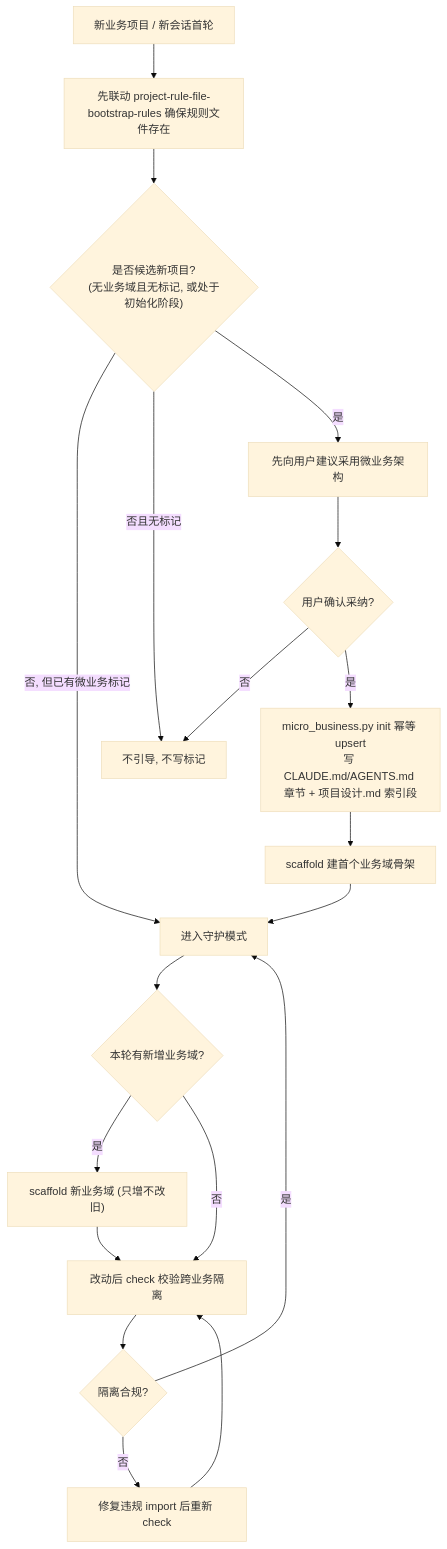
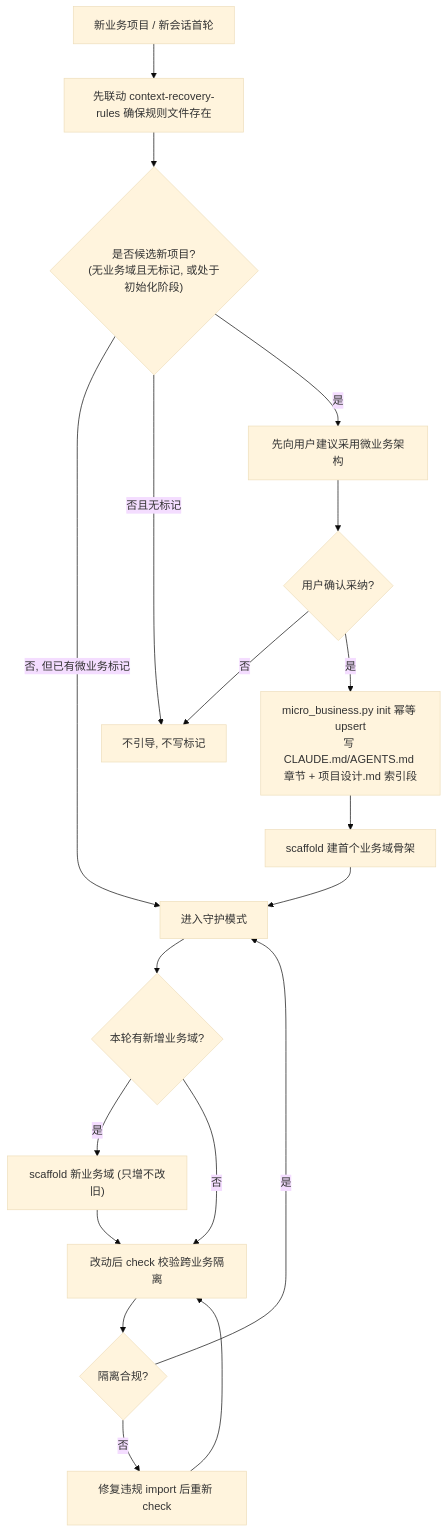
The diagram in micro-business-architecture-rules/references/trigger-and-marker.md (luode0320/luode-skills), drawn with Mermaid (base theme) before and after one commit. The commit also changed other lines of this file and 40 other files, not shown here.

First line of the commit message:
refactor: [上下文域三合一] 自举、压缩恢复与近期预热收敛为 context-recovery-rules

````diff
--- a/micro-business-architecture-rules/references/trigger-and-marker.md
+++ b/micro-business-architecture-rules/references/trigger-and-marker.md
@@ -91,21 +91,21 @@
 ```mermaid
 flowchart TD
-  S["新业务项目 / 新会话首轮"] --> B0["先联动 project-rule-file-bootstrap-rules 确保规则文件存在"]
+  S["新业务项目 / 新会话首轮"] --> B0["先联动 context-recovery-rules 确保规则文件存在"]
   B0 --> D{"是否候选新项目?<br/>(无业务域且无标记, 或处于初始化阶段)"}
   D -- "否, 但已有微业务标记" --> W["进入守护模式"]
   D -- "否且无标记" --> X["不引导, 不写标记"]
   D -- "是" --> P["先向用户建议采用微业务架构"]
   P --> U{"用户确认采纳?"}
   U -- "否" --> X
   U -- "是" --> I["micro_business.py init 幂等 upsert<br/>写 CLAUDE.md/AGENTS.md 章节 + 项目设计.md 索引段"]
   I --> SC["scaffold 建首个业务域骨架"]
   SC --> W
   W --> N{"本轮有新增业务域?"}
   N -- "是" --> SC2["scaffold 新业务域 (只增不改旧)"]
   N -- "否" --> CK["改动后 check 校验跨业务隔离"]
   SC2 --> CK
   CK --> V{"隔离合规?"}
   V -- "是" --> W
   V -- "否" --> FIX["修复违规 import 后重新 check"]
   FIX --> CK
 ```
````
